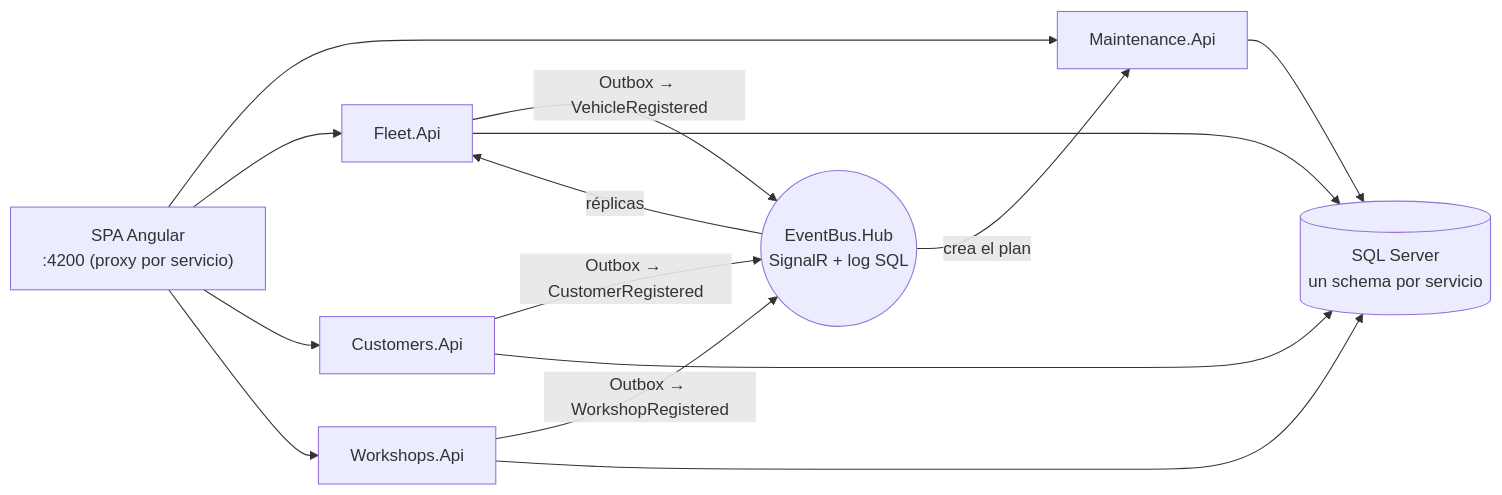
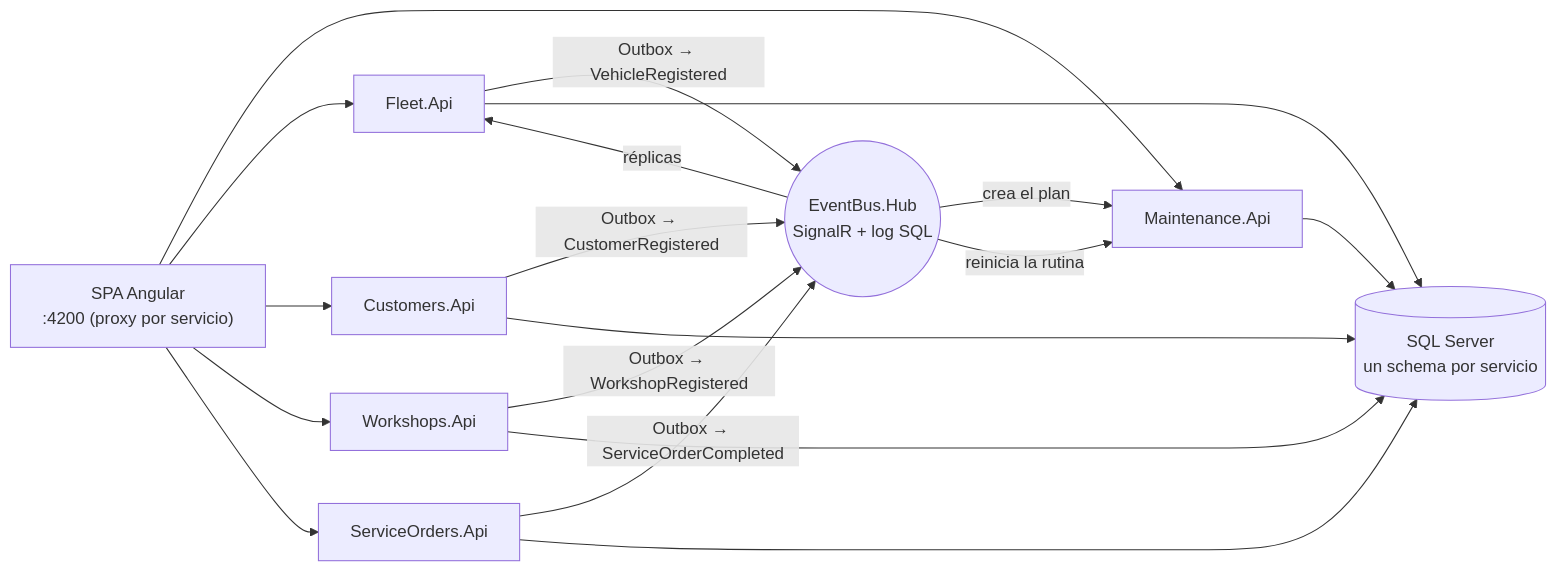
One commit to dmazo1023/rutaviva-fleet-maintenance-platform changed the diagram in README.md. Above: the diagram before and after it, drawn with Mermaid. The commit also changed other lines of this file and 88 other files, not shown here.

First line of the commit message:
feat(service-orders): ServiceOrders mínimo del MVP con cotización, aprobación por tope y cierre por evento

````diff
--- a/README.md
+++ b/README.md
@@ -34,13 +35,16 @@
 ```mermaid
 flowchart LR
     UI["SPA Angular<br/>:4200 (proxy por servicio)"] --> M["Maintenance.Api"]
     UI --> F["Fleet.Api"]
     UI --> C["Customers.Api"]
     UI --> W["Workshops.Api"]
+    UI --> SO["ServiceOrders.Api"]
     C -- "Outbox → CustomerRegistered" --> EB(("EventBus.Hub<br/>SignalR + log SQL"))
     W -- "Outbox → WorkshopRegistered" --> EB
     EB -- "réplicas" --> F
     F -- "Outbox → VehicleRegistered" --> EB
     EB -- "crea el plan" --> M
-    M & F & C & W --> DB[("SQL Server<br/>un schema por servicio")]
+    SO -- "Outbox → ServiceOrderCompleted" --> EB
+    EB -- "reinicia la rutina" --> M
+    M & F & C & W & SO --> DB[("SQL Server<br/>un schema por servicio")]
 ```
````
